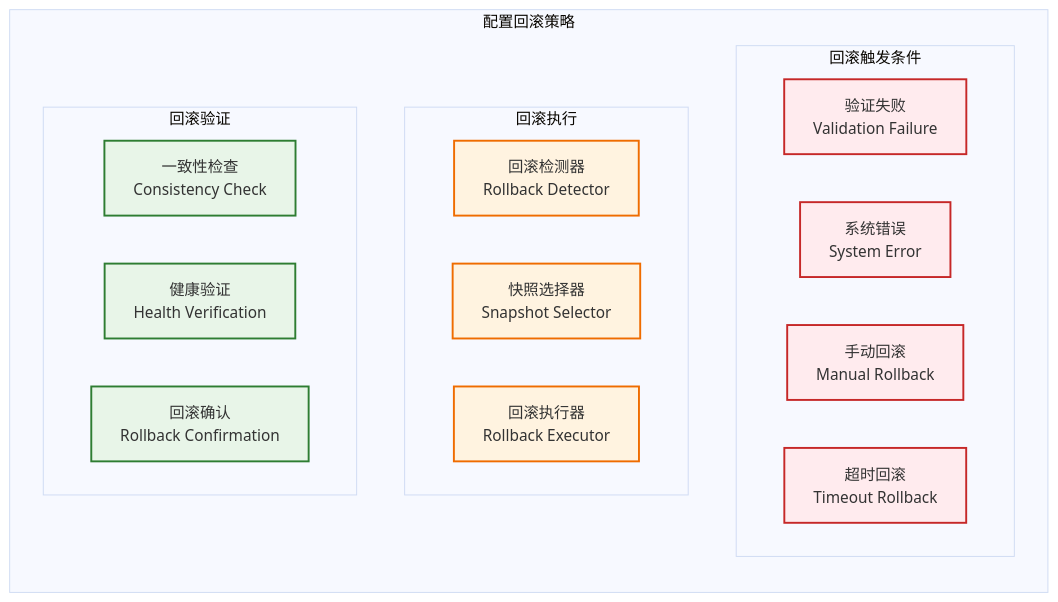
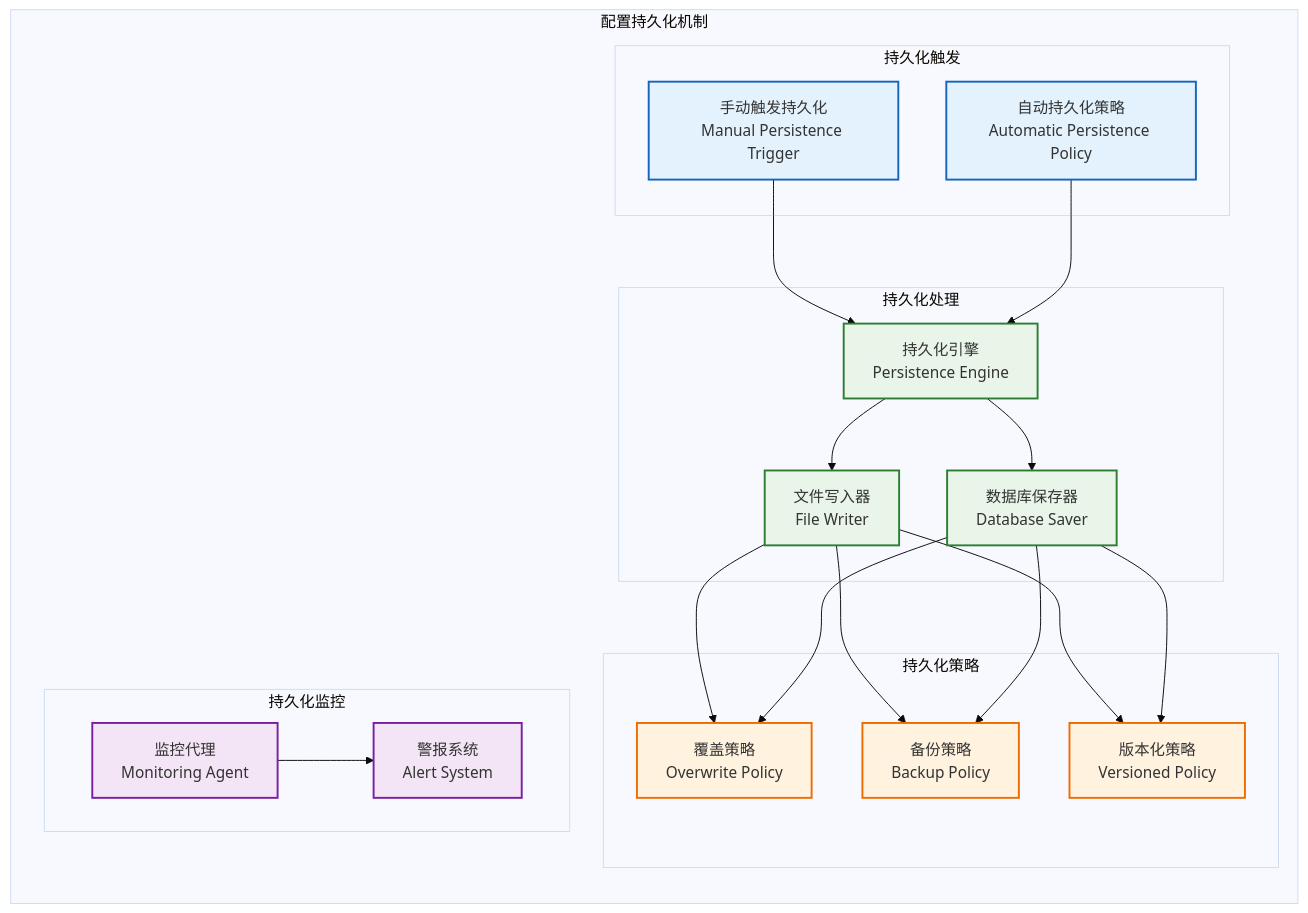
Before and after one commit to wendizhou99-cell/Radar: the tenth of 12 diagrams in docs/01_项目设计/02_模块设计/06_配置管理模块设计.md, drawn with Mermaid (base theme). The commit also changed other lines of this file and 9 other files, not shown here.

````diff
--- a/docs/01_项目设计/02_模块设计/06_配置管理模块设计.md
+++ b/docs/01_项目设计/02_模块设计/06_配置管理模块设计.md
@@ -789,33 +737,55 @@
 ```mermaid
-flowchart LR
-    subgraph "配置回滚策略"
+flowchart TB
+    subgraph "配置持久化机制"
         direction TB
 
-        subgraph "回滚触发条件"
-            VALIDATION_FAIL[验证失败<br/>Validation Failure]
-            SYSTEM_ERROR[系统错误<br/>System Error]
-            MANUAL_ROLLBACK[手动回滚<br/>Manual Rollback]
-            TIMEOUT_ROLLBACK[超时回滚<br/>Timeout Rollback]
+        subgraph "持久化触发"
+            MANUAL_PERSIST[手动触发持久化<br/>Manual Persistence Trigger]
+            AUTO_PERSIST[自动持久化策略<br/>Automatic Persistence Policy]
         end
 
-        subgraph "回滚执行"
-            ROLLBACK_DETECTOR[回滚检测器<br/>Rollback Detector]
-            SNAPSHOT_SELECTOR[快照选择器<br/>Snapshot Selector]
-            ROLLBACK_EXECUTOR[回滚执行器<br/>Rollback Executor]
+        subgraph "持久化处理"
+            PERSISTENCE_ENGINE[持久化引擎<br/>Persistence Engine]
+            FILE_WRITER[文件写入器<br/>File Writer]
+            DB_SAVER[数据库保存器<br/>Database Saver]
         end
 
-        subgraph "回滚验证"
-            CONSISTENCY_CHECK[一致性检查<br/>Consistency Check]
-            HEALTH_VERIFY[健康验证<br/>Health Verification]
-            ROLLBACK_CONFIRM[回滚确认<br/>Rollback Confirmation]
+        subgraph "持久化策略"
+            OVERWRITE_POLICY[覆盖策略<br/>Overwrite Policy]
+            BACKUP_POLICY[备份策略<br/>Backup Policy]
+            VERSIONED_POLICY[版本化策略<br/>Versioned Policy]
         end
+
+        subgraph "持久化监控"
+            MONITORING_AGENT[监控代理<br/>Monitoring Agent]
+            ALERT_SYSTEM[警报系统<br/>Alert System]
+        end
+
+        %% 持久化流程
+        MANUAL_PERSIST --> PERSISTENCE_ENGINE
+        AUTO_PERSIST --> PERSISTENCE_ENGINE
+
+        PERSISTENCE_ENGINE --> FILE_WRITER
+        PERSISTENCE_ENGINE --> DB_SAVER
+
+        FILE_WRITER --> OVERWRITE_POLICY
+        FILE_WRITER --> BACKUP_POLICY
+        FILE_WRITER --> VERSIONED_POLICY
+
+        DB_SAVER --> OVERWRITE_POLICY
+        DB_SAVER --> BACKUP_POLICY
+        DB_SAVER --> VERSIONED_POLICY
+
+        MONITORING_AGENT --> ALERT_SYSTEM
     end
 
-    classDef trigger fill:#ffebee,stroke:#c62828,stroke-width:2px
-    classDef execute fill:#fff3e0,stroke:#ef6c00,stroke-width:2px
-    classDef verify fill:#e8f5e8,stroke:#2e7d32,stroke-width:2px
+    classDef trigger fill:#e3f2fd,stroke:#1565c0,stroke-width:2px
+    classDef process fill:#e8f5e8,stroke:#2e7d32,stroke-width:2px
+    classDef strategy fill:#fff3e0,stroke:#ef6c00,stroke-width:2px
+    classDef monitoring fill:#f3e5f5,stroke:#7b1fa2,stroke-width:2px
 
-    class VALIDATION_FAIL,SYSTEM_ERROR,MANUAL_ROLLBACK,TIMEOUT_ROLLBACK trigger
-    class ROLLBACK_DETECTOR,SNAPSHOT_SELECTOR,ROLLBACK_EXECUTOR execute
-    class CONSISTENCY_CHECK,HEALTH_VERIFY,ROLLBACK_CONFIRM verify
+    class MANUAL_PERSIST,AUTO_PERSIST trigger
+    class PERSISTENCE_ENGINE,FILE_WRITER,DB_SAVER process
+    class OVERWRITE_POLICY,BACKUP_POLICY,VERSIONED_POLICY strategy
+    class MONITORING_AGENT,ALERT_SYSTEM monitoring
 ```
````
